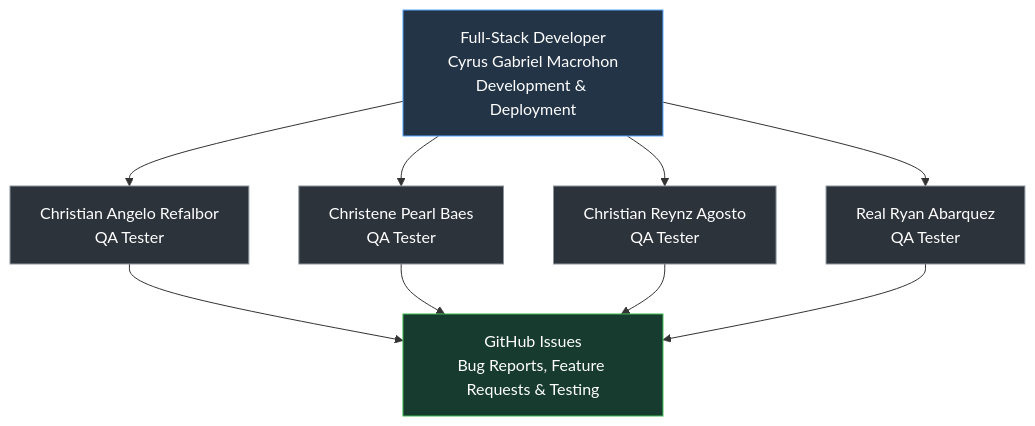
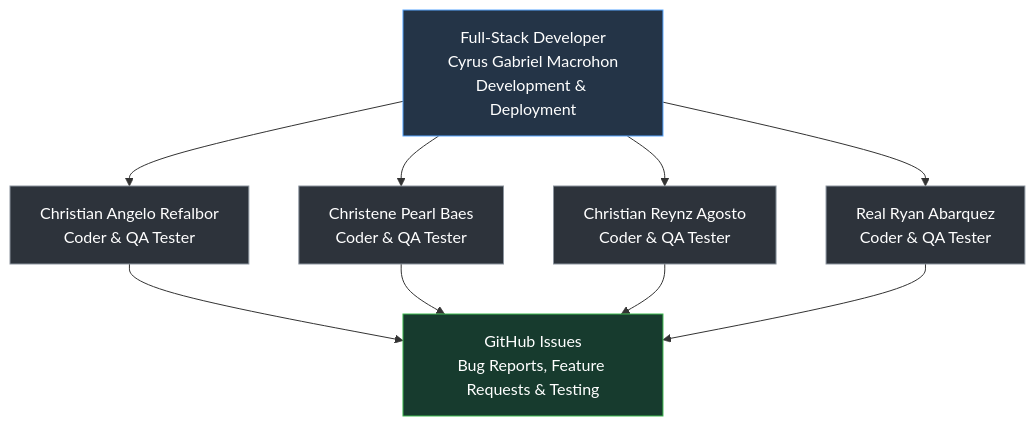
The diagram in README.md (UIC-CCS-WEB-DEVELOPMENT-2026-2027/Parkiva), drawn with Mermaid before and after one commit.

Commit message:
Modify QA Tester titles in README
Updated QA Tester roles to include 'Coder' in their titles.

````diff
--- a/README.md
+++ b/README.md
@@ -14,29 +14,29 @@
 ```mermaid
 flowchart TB
     DEV["Full-Stack Developer<br/>Cyrus Gabriel Macrohon<br/>Development & Deployment"]
 
-    QA1["Christian Angelo Refalbor<br/>QA Tester"]
-    QA2["Christene Pearl Baes<br/>QA Tester"]
-    QA3["Christian Reynz Agosto<br/>QA Tester"]
-    QA4["Real Ryan Abarquez<br/>QA Tester"]
+    QA1["Christian Angelo Refalbor<br/>Coder & QA Tester"]
+    QA2["Christene Pearl Baes<br/>Coder & QA Tester"]
+    QA3["Christian Reynz Agosto<br/>Coder & QA Tester"]
+    QA4["Real Ryan Abarquez<br/>Coder & QA Tester"]
 
     ISSUES["GitHub Issues<br/>Bug Reports, Feature Requests & Testing"]
 
     DEV --> QA1
     DEV --> QA2
     DEV --> QA3
     DEV --> QA4
 
     QA1 --> ISSUES
     QA2 --> ISSUES
     QA3 --> ISSUES
     QA4 --> ISSUES
 
     classDef developer fill:#243447,stroke:#58a6ff,color:#ffffff
     classDef qa fill:#2d333b,stroke:#8b949e,color:#ffffff
     classDef issues fill:#173b2e,stroke:#3fb950,color:#ffffff
 
     class DEV developer
     class QA1,QA2,QA3,QA4 qa
     class ISSUES issues
 ```
````
